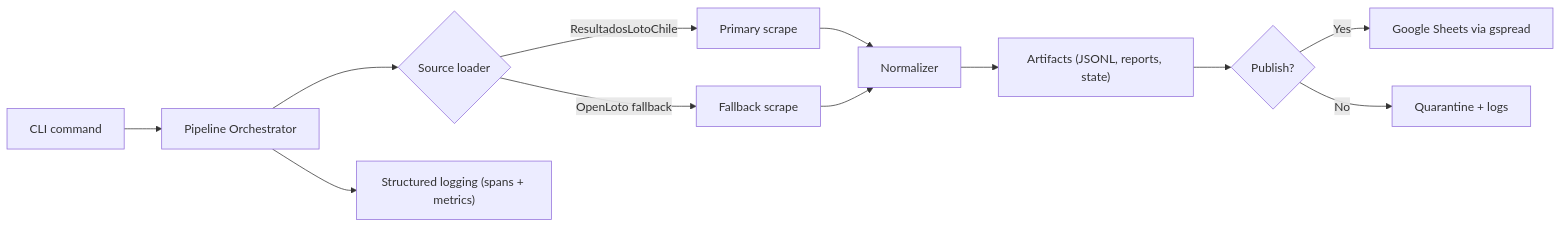
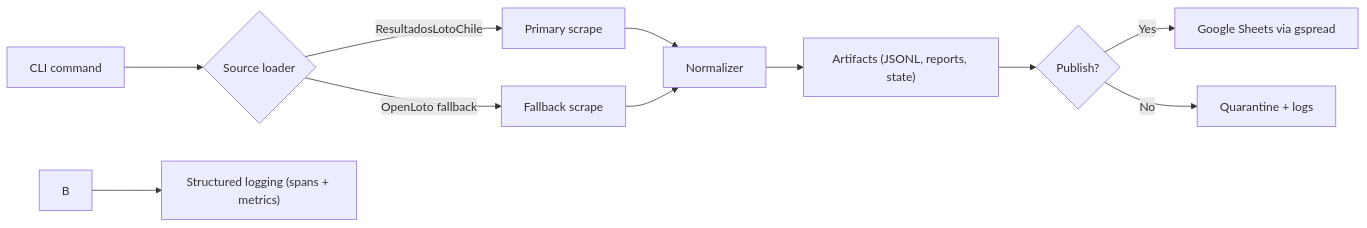
One commit to cortega26/polla changed the diagram in README.md. Above: the diagram before and after it, drawn with Mermaid.

````diff
--- a/README.md
+++ b/README.md
@@ -28,14 +28,13 @@
 ```mermaid
 flowchart LR
-  A[CLI command] --> B[Pipeline Orchestrator]
-  B --> C{Source loader}
+  A[CLI command] --> C{Source loader}
   C -->|ResultadosLotoChile| D[Primary scrape]
   C -->|OpenLoto fallback| E[Fallback scrape]
   D --> F[Normalizer]
   E --> F[Normalizer]
   F --> G["Artifacts (JSONL, reports, state)"]
   G --> H{Publish?}
   H -->|Yes| I[Google Sheets via gspread]
   H -->|No| J[Quarantine + logs]
   B --> K["Structured logging (spans + metrics)"]
 ```
````
